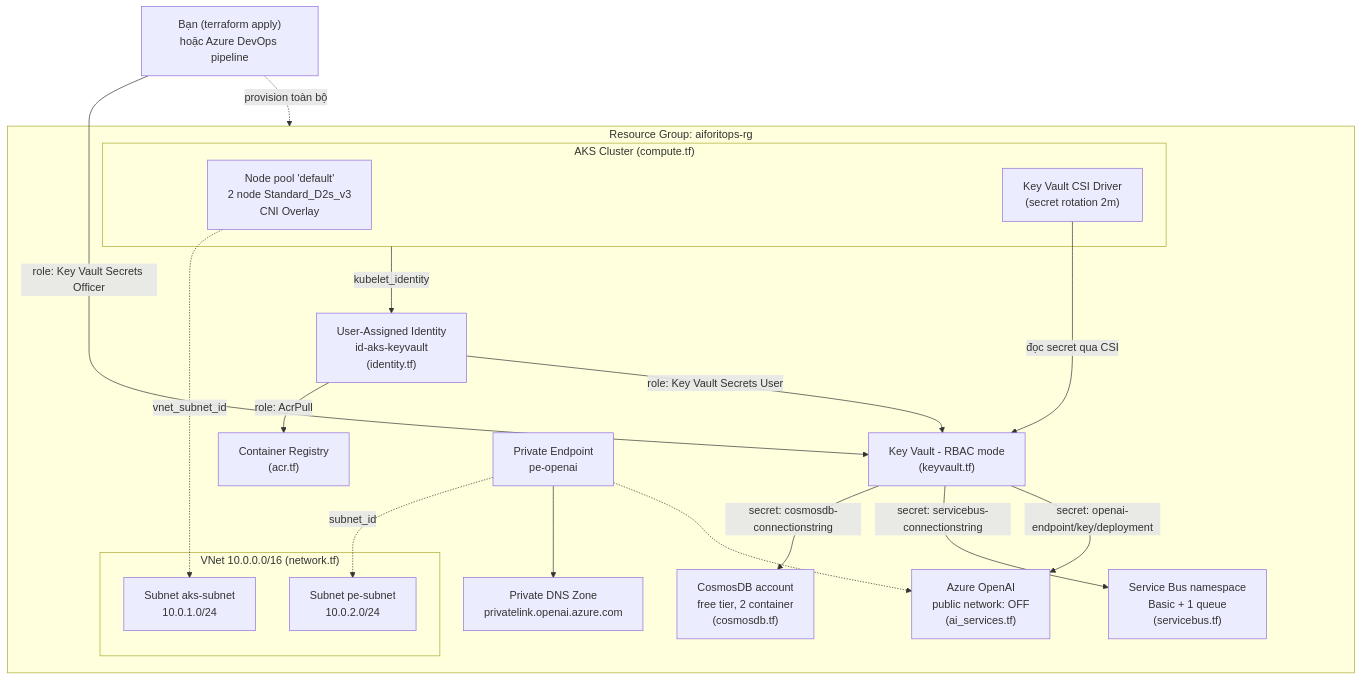
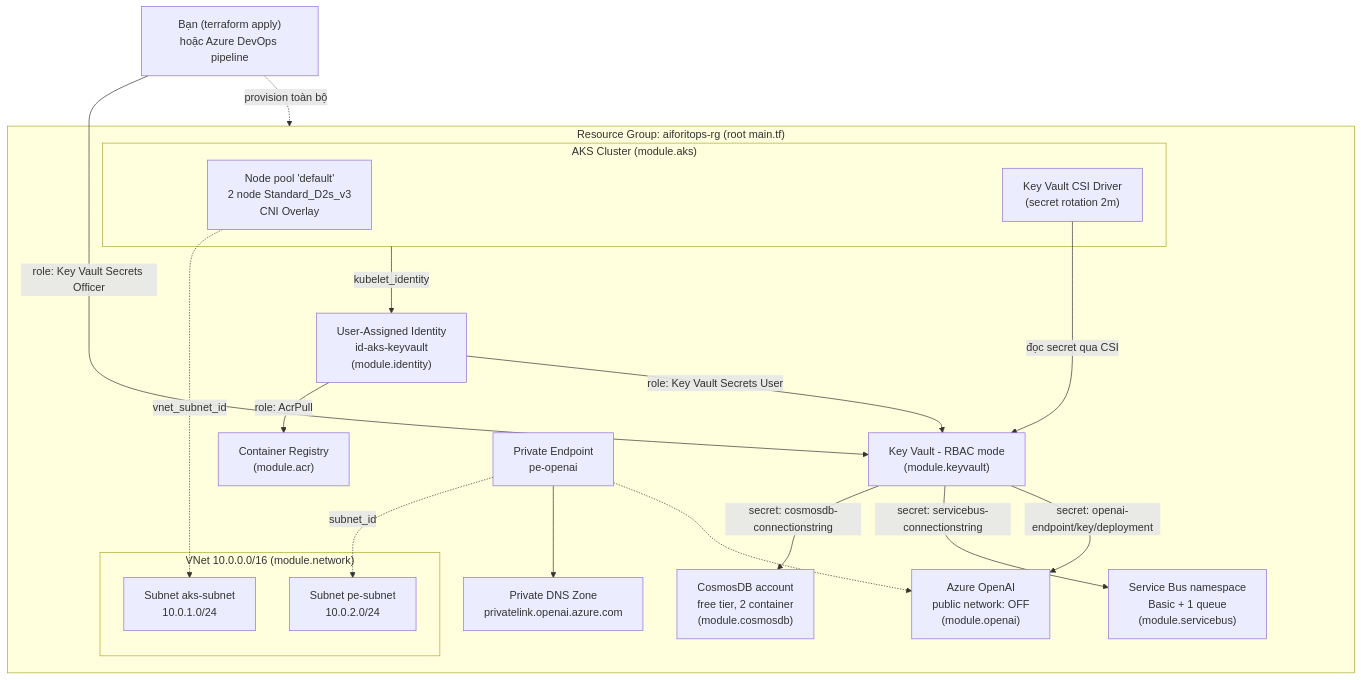
The first of 3 diagrams in terraform/GIAI-THICH-CU-PHAP-VA-KIEN-TRUC.md (tienminhktvn/AiForItOps), drawn with Mermaid before and after one commit. The commit also changed other lines of this file and 33 other files, not shown here.

````diff
--- a/terraform/GIAI-THICH-CU-PHAP-VA-KIEN-TRUC.md
+++ b/terraform/GIAI-THICH-CU-PHAP-VA-KIEN-TRUC.md
@@ -156,42 +209,42 @@
 ```mermaid
 flowchart TB
-    subgraph RG["Resource Group: aiforitops-rg"]
-        subgraph VNET["VNet 10.0.0.0/16 (network.tf)"]
+    subgraph RG["Resource Group: aiforitops-rg (root main.tf)"]
+        subgraph VNET["VNet 10.0.0.0/16 (module.network)"]
             SUBAKS["Subnet aks-subnet\n10.0.1.0/24"]
             SUBPE["Subnet pe-subnet\n10.0.2.0/24"]
         end
 
-        ID["User-Assigned Identity\nid-aks-keyvault\n(identity.tf)"]
+        ID["User-Assigned Identity\nid-aks-keyvault\n(module.identity)"]
 
-        subgraph AKSC["AKS Cluster (compute.tf)"]
+        subgraph AKSC["AKS Cluster (module.aks)"]
             NODE["Node pool 'default'\n2 node Standard_D2s_v3\nCNI Overlay"]
             CSI["Key Vault CSI Driver\n(secret rotation 2m)"]
         end
 
-        ACR["Container Registry\n(acr.tf)"]
-        KV["Key Vault - RBAC mode\n(keyvault.tf)"]
-        COSMOS["CosmosDB account\nfree tier, 2 container\n(cosmosdb.tf)"]
-        SB["Service Bus namespace\nBasic + 1 queue\n(servicebus.tf)"]
-        OAI["Azure OpenAI\npublic network: OFF\n(ai_services.tf)"]
+        ACR["Container Registry\n(module.acr)"]
+        KV["Key Vault - RBAC mode\n(module.keyvault)"]
+        COSMOS["CosmosDB account\nfree tier, 2 container\n(module.cosmosdb)"]
+        SB["Service Bus namespace\nBasic + 1 queue\n(module.servicebus)"]
+        OAI["Azure OpenAI\npublic network: OFF\n(module.openai)"]
         PE["Private Endpoint\npe-openai"]
         DNS["Private DNS Zone\nprivatelink.openai.azure.com"]
 
         NODE -. vnet_subnet_id .-> SUBAKS
         PE -. subnet_id .-> SUBPE
         PE --> DNS
         PE -.-> OAI
 
         AKSC -- kubelet_identity --> ID
         ID -- role: AcrPull --> ACR
         ID -- role: Key Vault Secrets User --> KV
         CSI -- đọc secret qua CSI --> KV
 
         KV -- secret: cosmosdb-connectionstring --> COSMOS
         KV -- secret: servicebus-connectionstring --> SB
         KV -- secret: openai-endpoint/key/deployment --> OAI
     end
 
     YOU["Bạn (terraform apply)\nhoặc Azure DevOps pipeline"]
     YOU -- role: Key Vault Secrets Officer --> KV
     YOU -.provision toàn bộ.-> RG
 ```
````
